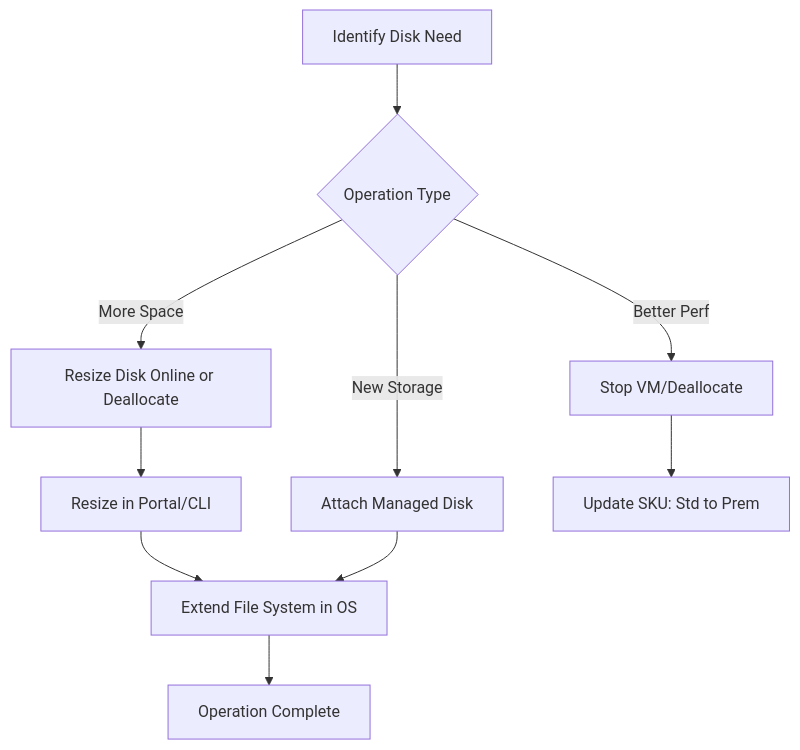
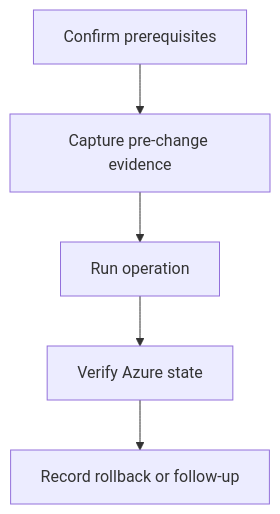
The diagram in docs/operations/manage-disks.md (yeongseon/azure-virtual-machine-practical-guide), drawn with Mermaid before and after one commit. The commit also changed other lines of this file and 79 other files, not shown here.

````diff
--- a/docs/operations/manage-disks.md
+++ b/docs/operations/manage-disks.md
@@ -31,12 +43,7 @@
 ```mermaid
-graph TD
-    A[Identify Disk Need] --> B{Operation Type}
-    B -->|New Storage| C[Attach Managed Disk]
-    B -->|More Space| D[Resize Disk Online or Deallocate]
-    B -->|Better Perf| E[Stop VM/Deallocate]
-    D --> F[Resize in Portal/CLI]
-    E --> G[Update SKU: Std to Prem]
-    F --> H[Extend File System in OS]
-    C --> H
-    H --> I[Operation Complete]
+flowchart TD
+    A[Confirm prerequisites] --> B[Capture pre-change evidence]
+    B --> C[Run operation]
+    C --> D[Verify Azure state]
+    D --> E[Record rollback or follow-up]
 ```
````
